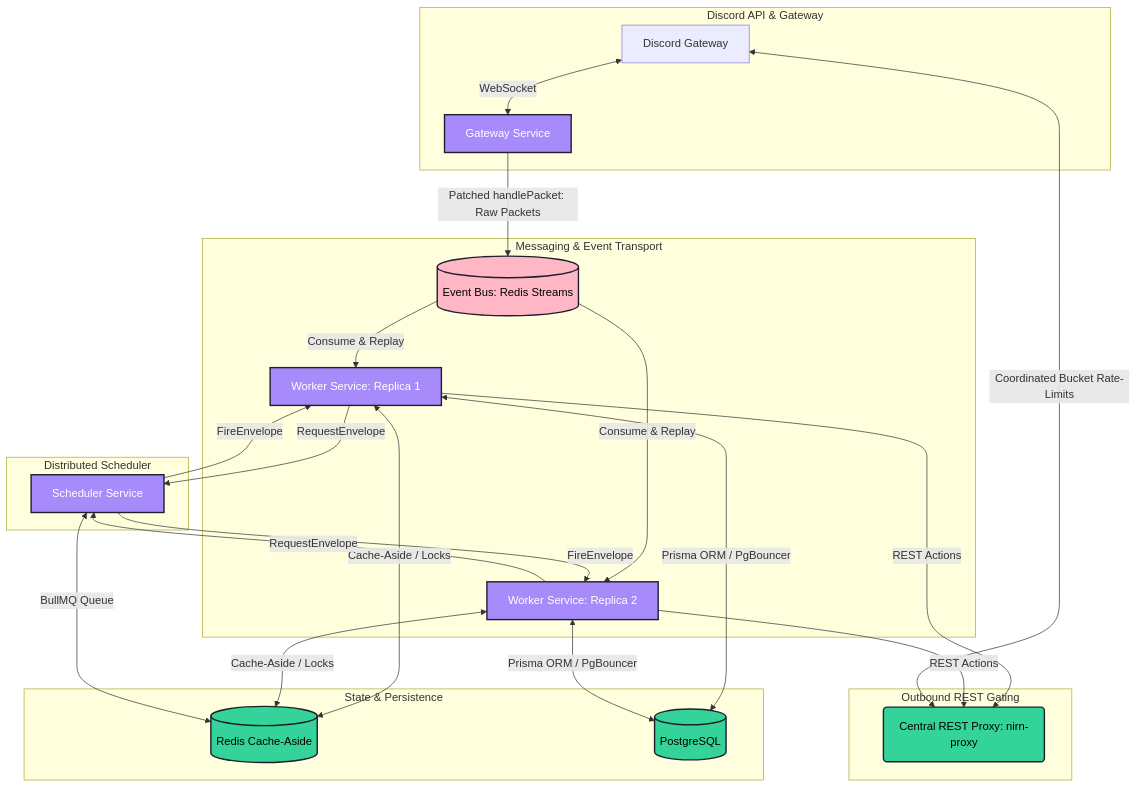
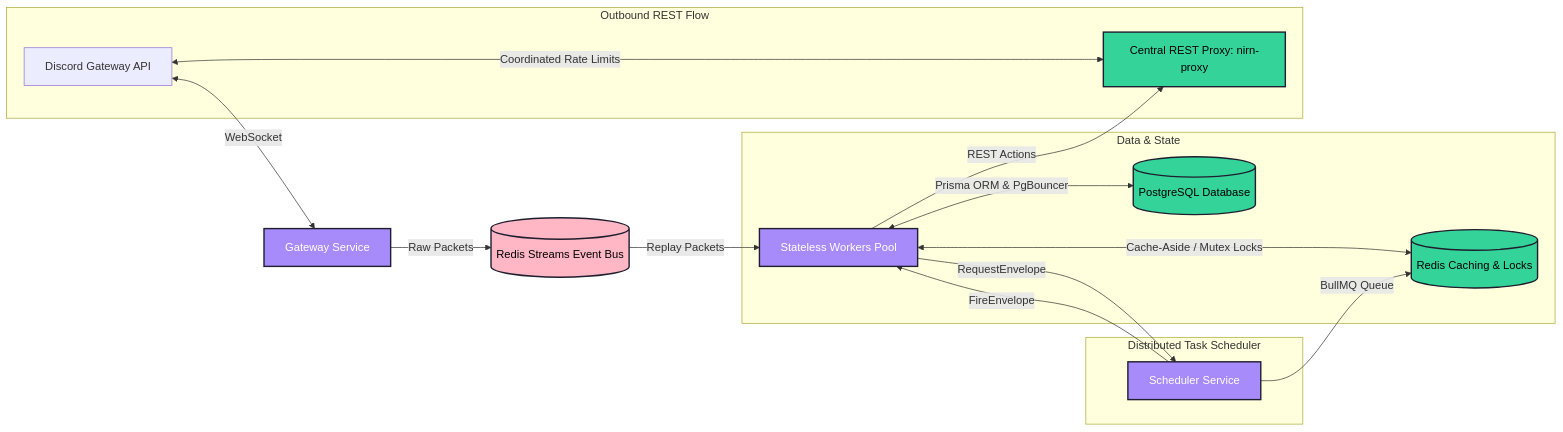
One commit to lumi-devs/Lumi changed the diagram in README.md. Above: the diagram before and after it, drawn with Mermaid. The commit also changed other lines of this file, not shown here.

Commit message:
docs: clean up mermaid layout and table of contents in README

````diff
--- a/README.md
+++ b/README.md
@@ -44,40 +44,35 @@
 ```mermaid
-graph TD
-    subgraph Discord API & Gateway
-        D[Discord Gateway] <-->|WebSocket| G[Gateway Service]
+graph LR
+    %% Column 1: Discord & Gateway
+    D[Discord Gateway API] <-->|WebSocket| G[Gateway Service]
+
+    %% Column 2: Event Transport
+    G -->|Raw Packets| EB[(Redis Streams Event Bus)]
+
+    %% Column 3: Stateless Workers
+    EB -->|Replay Packets| W[Stateless Workers Pool]
+
+    %% Column 4: State, Telemetry, and Auxiliary Services
+    subgraph Data & State
+        W <-->|Cache-Aside / Mutex Locks| R[(Redis Caching & Locks)]
+        W <-->|Prisma ORM & PgBouncer| DB[(PostgreSQL Database)]
     end
 
-    subgraph Messaging & Event Transport
-        G -->|Patched handlePacket: Raw Packets| EB[(Event Bus: Redis Streams)]
-        EB -->|Consume & Replay| W1[Worker Service: Replica 1]
-        EB -->|Consume & Replay| W2[Worker Service: Replica 2]
+    subgraph Distributed Task Scheduler
+        W -->|RequestEnvelope| S[Scheduler Service]
+        S -->|BullMQ Queue| R
+        S -->|FireEnvelope| W
     end
 
-    subgraph State & Persistence
-        W1 <-->|Cache-Aside / Locks| R[(Redis Cache-Aside)]
-        W2 <-->|Cache-Aside / Locks| R
-        W1 <-->|Prisma ORM / PgBouncer| DB[(PostgreSQL)]
-        W2 <-->|Prisma ORM / PgBouncer| DB
-    end
-
-    subgraph Distributed Scheduler
-        S[Scheduler Service] <-->|BullMQ Queue| R
-        W1 -->|RequestEnvelope| S
-        W2 -->|RequestEnvelope| S
-        S -->|FireEnvelope| W1
-        S -->|FireEnvelope| W2
-    end
-
-    subgraph Outbound REST Gating
-        W1 -->|REST Actions| RP(Central REST Proxy: nirn-proxy)
-        W2 -->|REST Actions| RP
-        RP <-->|Coordinated Bucket Rate-Limits| D
+    subgraph Outbound REST Flow
+        W -->|REST Actions| RP[Central REST Proxy: nirn-proxy]
+        RP <-->|Coordinated Rate Limits| D
     end
 
     classDef services fill:#a78bfa,stroke:#1e1e2f,stroke-width:2px,color:#fff;
     classDef brokers fill:#ffb7c5,stroke:#1e1e2f,stroke-width:2px,color:#000;
     classDef dbs fill:#34d399,stroke:#1e1e2f,stroke-width:2px,color:#000;
-    class G,W1,W2,S services;
+    class G,W,S services;
     class EB brokers;
     class DB,R,RP dbs;
 ```
````
